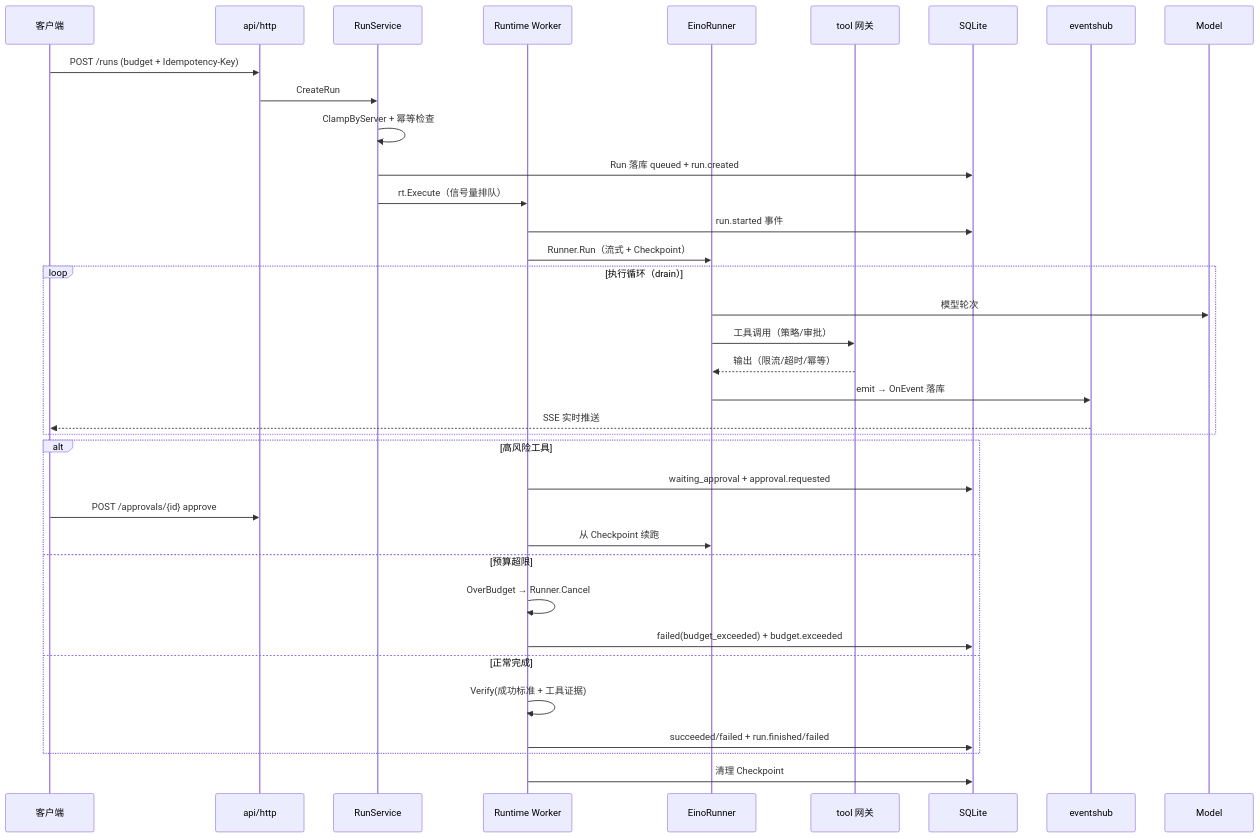
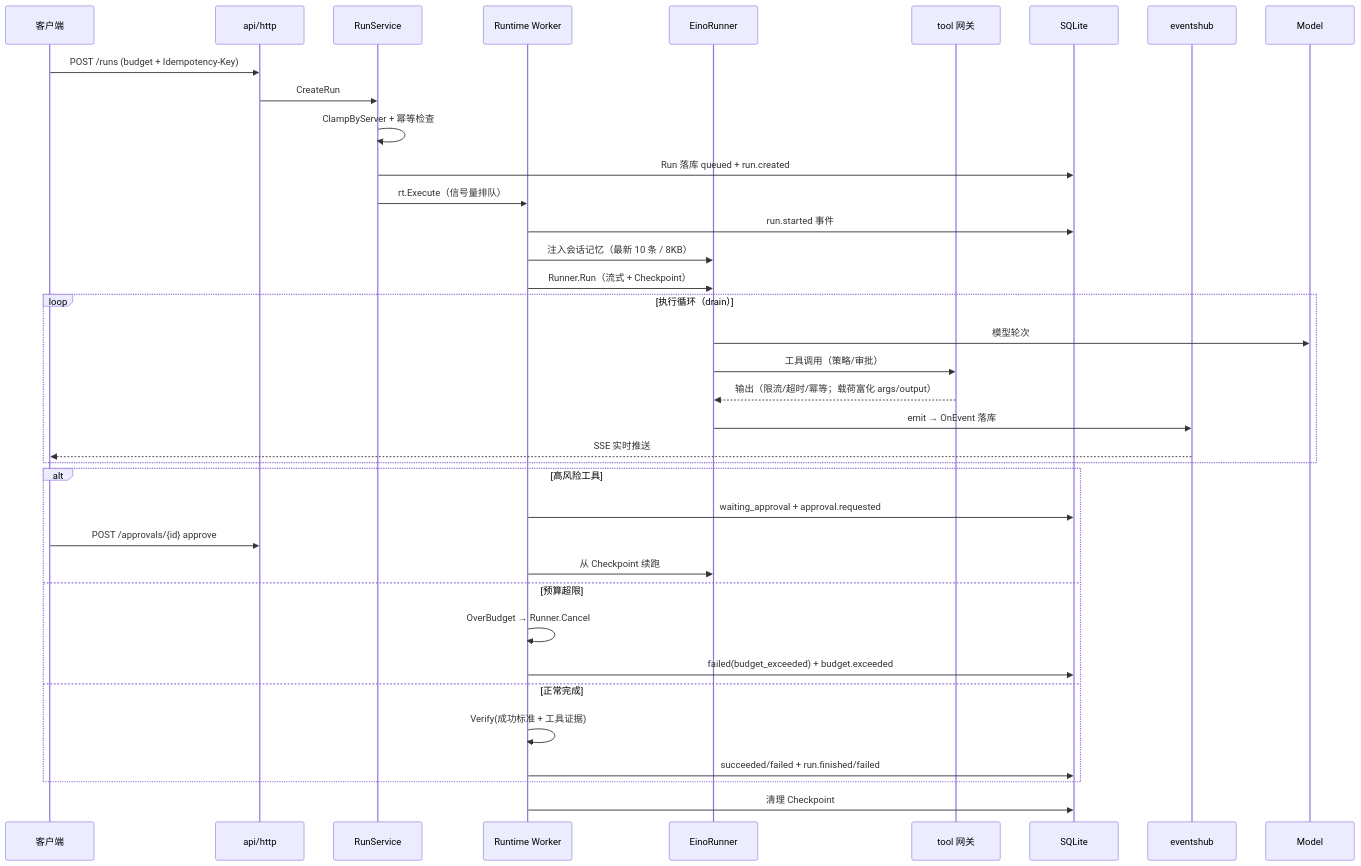
One commit to quintin-lee/rivus-agent changed the second of 2 diagrams in docs/architecture/overview.md. Above: the diagram before and after it, drawn with Mermaid. The commit also changed other lines of this file and 1 other file, not shown here.

Commit message:
docs(architecture): cover rounds 3-9 in overview (tools/memory/sub-agents/mcp self-heal/security/observability/buildinfo) zh+en

````diff
--- a/docs/architecture/overview.md
+++ b/docs/architecture/overview.md
@@ -45,38 +46,39 @@
 ```mermaid
 sequenceDiagram
     participant C as 客户端
     participant API as api/http
     participant RS as RunService
     participant W as Runtime Worker
     participant ER as EinoRunner
     participant T as tool 网关
     participant DB as SQLite
     participant H as eventshub
 
     C->>API: POST /runs (budget + Idempotency-Key)
     API->>RS: CreateRun
     RS->>RS: ClampByServer + 幂等检查
     RS->>DB: Run 落库 queued + run.created
     RS->>W: rt.Execute（信号量排队）
     W->>DB: run.started 事件
+    W->>ER: 注入会话记忆（最新 10 条 / 8KB）
     W->>ER: Runner.Run（流式 + Checkpoint）
     loop 执行循环（drain）
         ER->>Model: 模型轮次
         ER->>T: 工具调用（策略/审批）
-        T-->>ER: 输出（限流/超时/幂等）
+        T-->>ER: 输出（限流/超时/幂等；载荷富化 args/output）
         ER->>H: emit → OnEvent 落库
         H-->>C: SSE 实时推送
     end
     alt 高风险工具
         W->>DB: waiting_approval + approval.requested
         C->>API: POST /approvals/{id} approve
         W->>ER: 从 Checkpoint 续跑
     else 预算超限
         W->>W: OverBudget → Runner.Cancel
         W->>DB: failed(budget_exceeded) + budget.exceeded
     else 正常完成
         W->>W: Verify(成功标准 + 工具证据)
         W->>DB: succeeded/failed + run.finished/failed
     end
     W->>DB: 清理 Checkpoint
 ```
````
